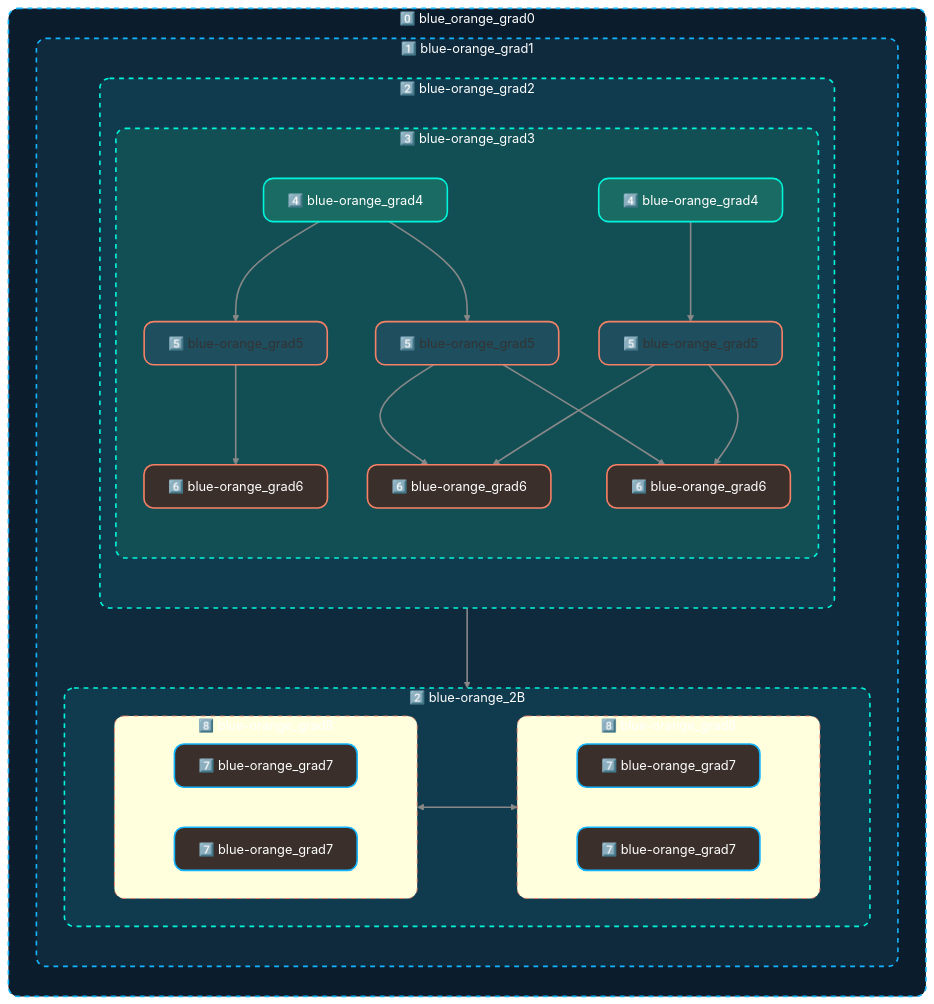
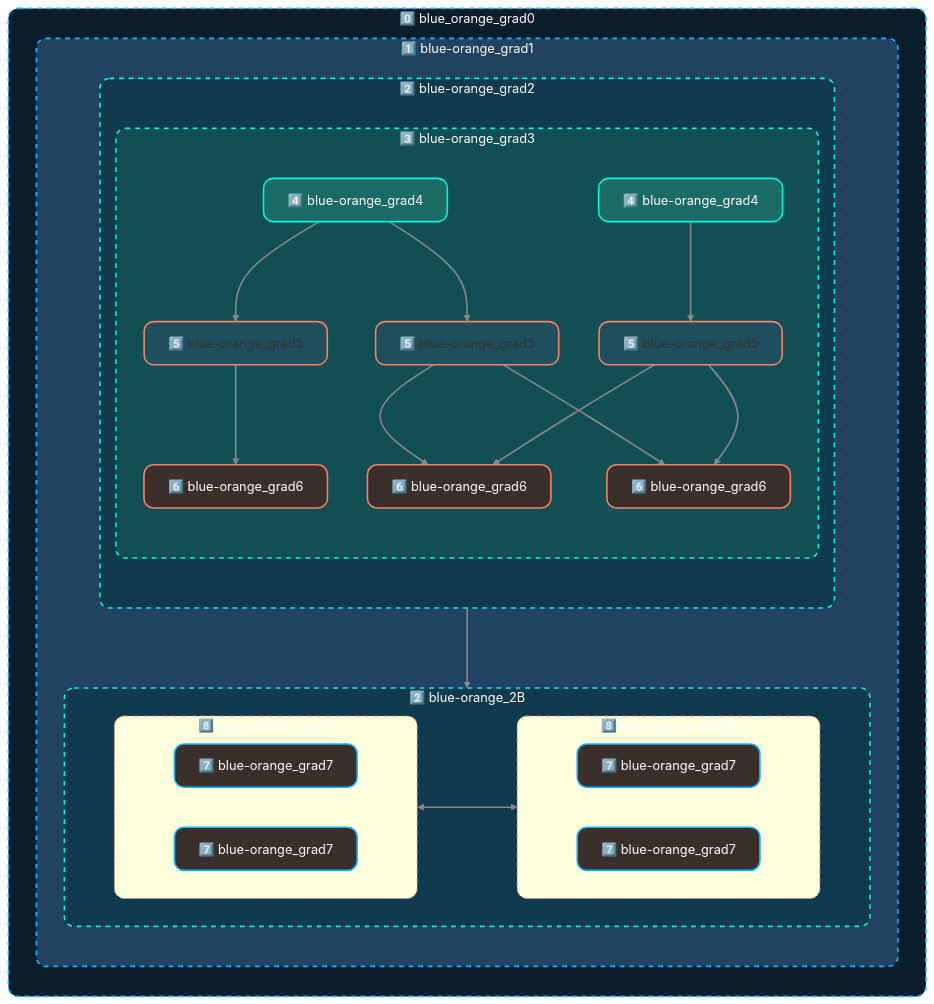
One commit to Scriber-Labs/lf-pinn-inverse-schrodinger changed the diagram in assets/mermaid-diagrams/blue_to_orange_gradient.mmd. Above: the diagram before and after it, drawn with Mermaid. The commit also changed 4 other files, not shown here.

Commit message:
Continuing to build the mermaid diagram

```diff
--- a/assets/mermaid-diagrams/blue_to_orange_gradient.mmd
+++ b/assets/mermaid-diagrams/blue_to_orange_gradient.mmd
@@ -1,93 +1,93 @@
 %%====================================================================
 %%  💙🩵💚🧡 BLUE TO ORANGE GRADIENT
 %%====================================================================
 %%{ init: {
         "theme": "base",
         "themeVariables": {
             "background": "#0d1117",
             "lineColor": "#14b5ff",
             "textColor": "#ffffff",
             "fontFamily": "'Aclonica', sans-serif",
             "borderRadius": "16"       /* larger radius for more rounded corners */
         },
         "handDrawn": true
     } }%%
 %%====================================================================
 flowchart LR
 
     %%--------------------------------------------------------------
     %%  COLOR RAMP (pseudo-gradient)
     %%--------------------------------------------------------------
     classDef blue_orange_grad0 fill:#0b1c2d,stroke:#14b5ff,stroke-width:2px,color:#ffffff,stroke-dasharray: 6 6,rx:12,ry:12;
-    classDef blue_orange_grad1 fill:#0f2a3d,stroke:#14b5ff,stroke-width:2px,color:#ffffff,stroke-dasharray: 6 6,rx:12,ry:12;
+    classDef blue_orange_grad1 fill:#224261,stroke:#14b5ff,stroke-width:2px,color:#ffffff,stroke-dasharray: 6 6,rx:12,ry:12;
     classDef blue_orange_grad2 fill:#103b4f,stroke:#00f5db,stroke-width:2px,color:#ffffff,stroke-dasharray: 6 6,rx:12,ry:12;
     classDef blue_orange_grad3 fill:#124f55,stroke:#00f5db,stroke-width:2px,color:#ffffff,stroke-dasharray: 6 6,rx:12,ry:12;
     classDef blue_orange_grad4 fill:#1a6b63,stroke:#00f5db,stroke-width:2px,color:#ffffff,rx:12,ry:12;
     classDef blue_orange_grad5 fill:#1f4e5f,stroke:#f78166,stroke-width:2px,olor:#ffffff,rx:12,ry:12;
     classDef blue_orange_grad6 fill:#3a2f2a,stroke:#f78166,stroke-width:2px,color:#ffffff,rx:12,ry:12;
     classDef blue_orange_grad7 fill:#3a2f2a,stroke:#14b5ff,stroke-width:2px,color:#ffffff,rx:12,ry:12;
     classDef blue_orange_grad8 stroke:#f78166,stroke-dasharray:6 6,color:#ffffff,rx:12,ry:12;
 
     %%￼–￼￼–￼￼–￼￼–￼￼–￼￼–￼￼–￼￼–￼￼–￼￼–￼￼–￼￼–￼￼–￼￼–￼￼–￼￼–￼￼–￼￼–￼￼–￼￼–￼￼–￼￼–￼￼–￼￼–￼￼–￼￼–￼￼–￼￼–￼￼–￼￼–￼￼–￼
     %%  LIGHT‑GRAY ARROW STYLE (so arrows stay subtle)
     %%￼–￼￼–￼￼–￼￼–￼￼–￼￼–￼￼–￼￼–￼￼–￼￼–￼￼–￼￼–￼￼–￼￼–￼￼–￼￼–￼￼–￼￼–￼￼–￼￼–￼￼–￼￼–￼￼–￼￼–￼￼–￼￼–￼￼–￼￼–￼￼–￼￼–￼￼–￼
     linkStyle default stroke:#888,stroke-width:2px
 
     %%--------------------------------------------------------------
     %% CORE PIPELINE
     %%--------------------------------------------------------------
     subgraph blue-orange_0["0️⃣ blue_orange_grad0"]
     direction TB
         subgraph blue-orange_1A["1️⃣ blue-orange_grad1"]
         direction TB
             subgraph blue-orange_2A["2️⃣ blue-orange_grad2"]
             direction TB
                 subgraph blue-orange_3AA["3️⃣ blue-orange_grad3"]
                 direction TB
                     blue-orange_4AB["4️⃣ blue-orange_grad4"] --> blue-orange_5A["5️⃣ blue-orange_grad5"] --> blue-orange_A["6️⃣ blue-orange_grad6"]
                     blue-orange_4AB --> blue-orange_5B["5️⃣ blue-orange_grad5"] --> blue-orange_6B["6️⃣ blue-orange_grad6"]
                     blue-orange_5B --> blue-orange_6C["6️⃣ blue-orange_grad6"]
                     blue-orange_5C --> blue-orange_6B
                     blue-orange_4C["4️⃣ blue-orange_grad4"] --> blue-orange_5C["5️⃣ blue-orange_grad5"] --> blue-orange_6C
                 end
             end
             
             subgraph blue-orange_2B["2️⃣ blue-orange_2B"]
             direction LR
                 subgraph blue-orange_8AB["8️⃣ blue-orange_grad8"]
                 direction LR
                     blue-orange_7AA1["7️⃣ blue-orange_grad7"]
                     blue-orange_7AA2["7️⃣ blue-orange_grad7"]
                 end
 
                 subgraph blue-orange_8BB["8️⃣ blue-orange_grad8"]
                 direction LR
                     blue-orange_7AB1["7️⃣ blue-orange_grad7"]
                     blue-orange_7AB2["7️⃣ blue-orange_grad7"]
                 end
 
                 blue-orange_8AB <--> blue-orange_8BB
         end
         blue-orange_2A --> blue-orange_2B
         end
     end
 
     blue-orange_0:::blue_orange_grad0
     blue-orange_1A:::blue_orange_grad1
     blue-orange_2A:::blue_orange_grad2
     blue-orange_2B:::blue_orange_grad2
     blue-orange_3AA:::blue_orange_grad3
     blue-orange_4AB:::blue_orange_grad4
     blue-orange_4C:::blue_orange_grad4
     blue-orange_5A:::blue_orange_grad5
     blue-orange_5B:::blue_orange_grad5
     blue-orange_5C:::blue_orange_grad5
     blue-orange_A:::blue_orange_grad6
     blue-orange_6B:::blue_orange_grad6
     blue-orange_6C:::blue_orange_grad6
     blue-orange_7AA1:::blue_orange_grad7
     blue-orange_7AA2:::blue_orange_grad7
     blue-orange_7AB1:::blue_orange_grad7
     blue-orange_7AB2:::blue_orange_grad7
     blue-orange_8AB:::blue_orange_grad8
     blue-orange_8BB:::blue_orange_grad8
```
